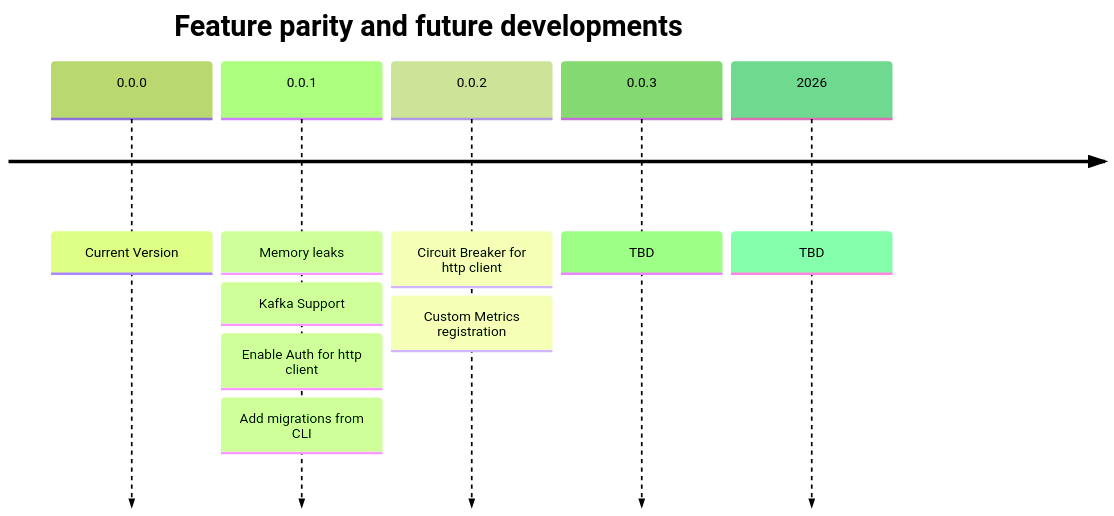
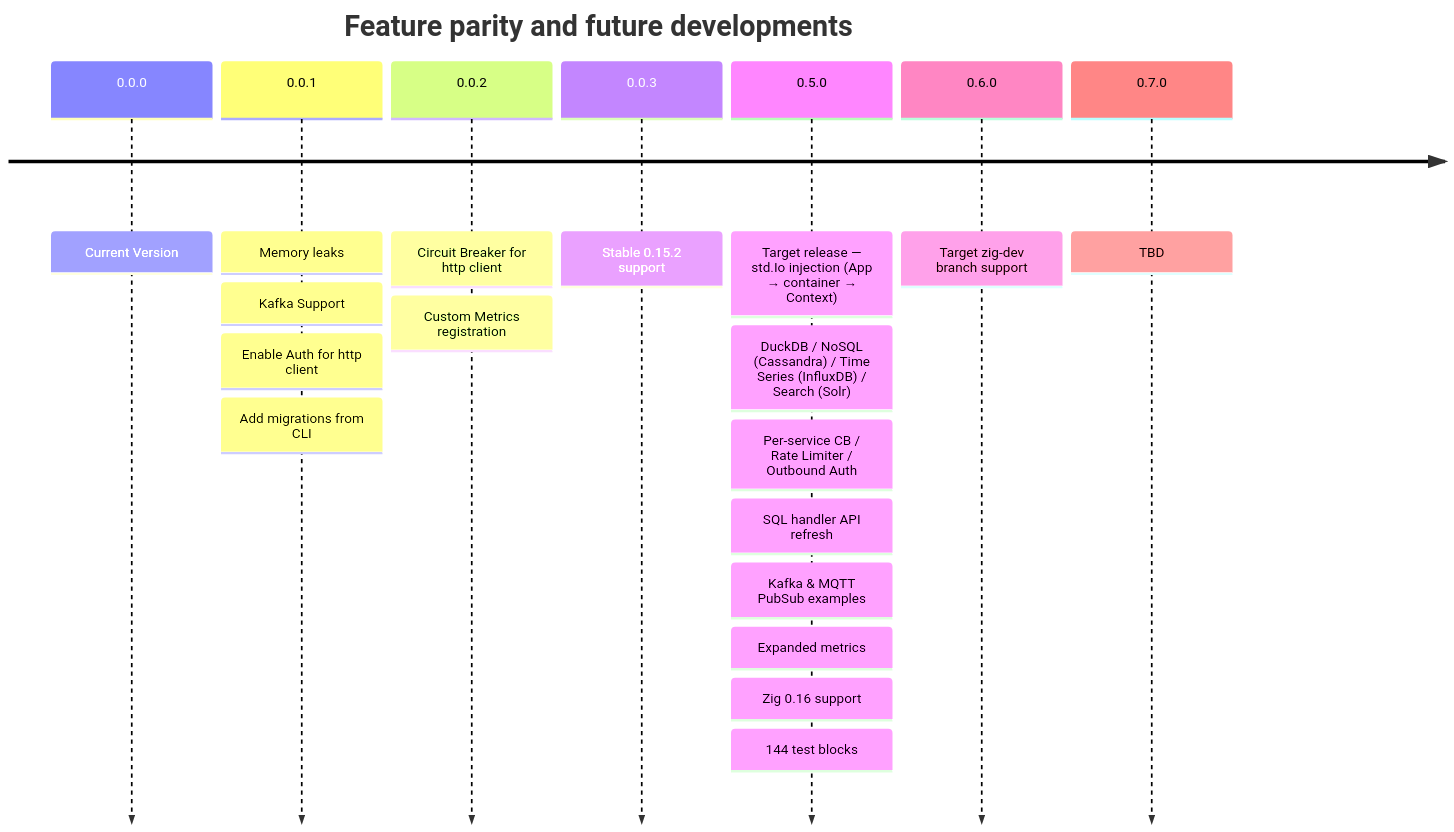
The diagram in docs/timeline.md (im-ng/zero-docs), drawn with Mermaid before and after one commit. The commit also changed 99 other files, not shown here.

````diff
--- a/docs/timeline.md
+++ b/docs/timeline.md
@@ -3,15 +3,16 @@
 ```mermaid
 ---
 config:
   logLevel: 'debug'
-  theme: 'forest'
 ---
     timeline
         title Feature parity and future developments
             0.0.0 : Current Version
             0.0.1 : Memory leaks : Kafka Support : Enable Auth for http client : Add migrations from CLI
             0.0.2 : Circuit Breaker for http client : Custom Metrics registration
-            0.0.3 : TBD
-            2026 : TBD
+            0.0.3 : Stable 0.15.2 support
+            0.5.0 : Target release — std.Io injection (App → container → Context) : DuckDB / NoSQL (Cassandra) / Time Series (InfluxDB) / Search (Solr) : Per-service CB / Rate Limiter / Outbound Auth : SQL handler API refresh : Kafka & MQTT PubSub examples : Expanded metrics : Zig 0.16 support : 144 test blocks
+            0.6.0 : Target zig-dev branch support
+            0.7.0 : TBD
 
 ```
````
